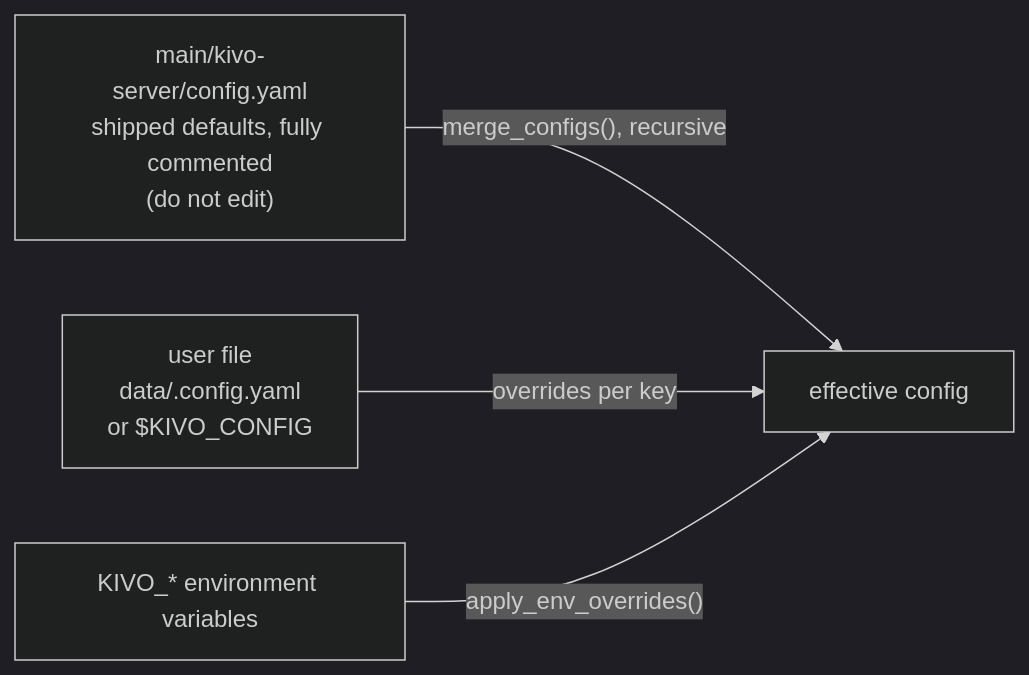
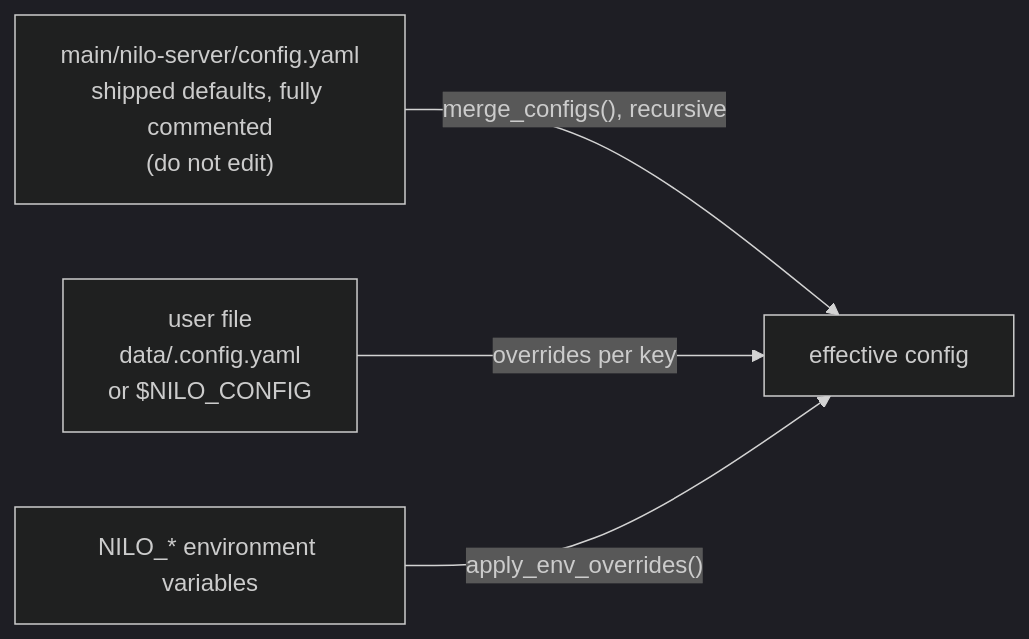
One commit to AA-Box/Nilo changed the first of 2 diagrams in docs/getting-started.md. Above: the diagram before and after it, drawn with Mermaid (dark theme). The commit also changed other lines of this file and 307 other files, not shown here.

````diff
--- a/docs/getting-started.md
+++ b/docs/getting-started.md
@@ -120,10 +120,10 @@
 ```mermaid
 flowchart LR
-    A["main/kivo-server/config.yaml<br/>shipped defaults, fully commented<br/>(do not edit)"]
-    B["user file<br/>data/.config.yaml<br/>or $KIVO_CONFIG"]
-    C["KIVO_* environment variables"]
+    A["main/nilo-server/config.yaml<br/>shipped defaults, fully commented<br/>(do not edit)"]
+    B["user file<br/>data/.config.yaml<br/>or $NILO_CONFIG"]
+    C["NILO_* environment variables"]
     D["effective config"]
     A -->|"merge_configs(), recursive"| D
     B -->|"overrides per key"| D
     C -->|"apply_env_overrides()"| D
 ```
````
